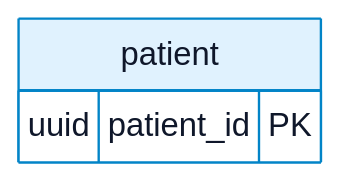
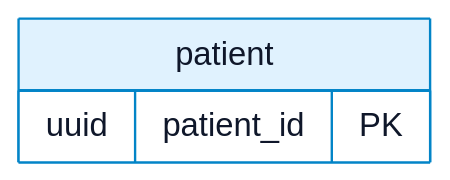
Before and after one commit to Dangvinh77/MediFlow: the diagram in docs/monitor_proj_progress/02-giai-doan-2-thiet-ke-giao-dien-tieu-chuan/review-2/word-compact/landscape/mermaid/16-en.mmd, drawn with Mermaid. The commit also changed 593 other files, not shown here.

Commit message:
docs(review2): fix Word diagram exports and orientation layouts

```diff
--- a/docs/monitor_proj_progress/02-giai-doan-2-thiet-ke-giao-dien-tieu-chuan/review-2/word-compact/landscape/mermaid/16-en.mmd
+++ b/docs/monitor_proj_progress/02-giai-doan-2-thiet-ke-giao-dien-tieu-chuan/review-2/word-compact/landscape/mermaid/16-en.mmd
@@ -1,6 +1,6 @@
-%%{init: {"theme": "base", "securityLevel": "loose", "fontFamily": "Arial, sans-serif", "themeVariables": {"primaryColor": "#e0f2fe", "primaryTextColor": "#0f172a", "primaryBorderColor": "#0284c7", "lineColor": "#475569", "secondaryColor": "#ccfbf1", "tertiaryColor": "#f1f5f9", "background": "#ffffff", "mainBkg": "#e0f2fe", "nodeBorder": "#0284c7", "clusterBkg": "#f8fafc", "clusterBorder": "#94a3b8", "actorBkg": "#e0f2fe", "actorBorder": "#0284c7", "actorTextColor": "#0f172a", "signalColor": "#475569", "signalTextColor": "#0f172a", "labelBoxBkgColor": "#f1f5f9", "labelBoxBorderColor": "#94a3b8", "activationBkgColor": "#ccfbf1", "activationBorderColor": "#0f766e", "sequenceNumberColor": "#ffffff", "attributeBackgroundColorOdd": "#ffffff", "attributeBackgroundColorEven": "#f0f9ff", "fontSize": "18px"}, "flowchart": {"htmlLabels": true, "curve": "basis", "nodeSpacing": 16, "rankSpacing": 28, "padding": 8, "diagramPadding": 8, "wrappingWidth": 420}, "sequence": {"useMaxWidth": true, "wrap": true, "actorMargin": 22, "width": 125, "height": 45, "boxMargin": 6, "boxTextMargin": 4, "noteMargin": 7, "messageMargin": 20, "diagramMarginX": 8, "diagramMarginY": 8, "mirrorActors": false, "actorFontSize": 17, "messageFontSize": 16, "noteFontSize": 15, "wrapPadding": 6}, "er": {"useMaxWidth": true, "nodeSpacing": 22, "rankSpacing": 30, "diagramPadding": 8, "entityPadding": 10, "fontSize": 17}, "themeCSS": ".nodeLabel img { display:inline-block!important; width:28px!important; height:28px!important; vertical-align:middle!important; } .nodeLabel p { margin:0; }", "class": {"diagramPadding": 8, "nodeSpacing": 20, "rankSpacing": 30}}}%%
+%%{init: {"theme": "base", "securityLevel": "loose", "fontFamily": "Arial, sans-serif", "themeVariables": {"primaryColor": "#e0f2fe", "primaryTextColor": "#0f172a", "primaryBorderColor": "#0284c7", "lineColor": "#475569", "secondaryColor": "#ccfbf1", "tertiaryColor": "#f1f5f9", "background": "#ffffff", "mainBkg": "#e0f2fe", "nodeBorder": "#0284c7", "clusterBkg": "#f8fafc", "clusterBorder": "#94a3b8", "actorBkg": "#e0f2fe", "actorBorder": "#0284c7", "actorTextColor": "#0f172a", "signalColor": "#475569", "signalTextColor": "#0f172a", "labelBoxBkgColor": "#f1f5f9", "labelBoxBorderColor": "#94a3b8", "activationBkgColor": "#ccfbf1", "activationBorderColor": "#0f766e", "sequenceNumberColor": "#ffffff", "attributeBackgroundColorOdd": "#ffffff", "attributeBackgroundColorEven": "#f0f9ff", "fontSize": "18px"}, "flowchart": {"htmlLabels": true, "curve": "basis", "nodeSpacing": 36, "rankSpacing": 48, "padding": 12, "diagramPadding": 24, "wrappingWidth": 420, "subGraphTitleMargin": {"top": 10, "bottom": 32}}, "sequence": {"useMaxWidth": true, "wrap": true, "actorMargin": 65, "width": 210, "height": 55, "boxMargin": 14, "boxTextMargin": 8, "noteMargin": 16, "messageMargin": 24, "diagramMarginX": 24, "diagramMarginY": 24, "mirrorActors": true, "actorFontSize": 17, "messageFontSize": 16, "noteFontSize": 16, "wrapPadding": 10}, "er": {"useMaxWidth": true, "nodeSpacing": 45, "rankSpacing": 55, "diagramPadding": 24, "entityPadding": 10, "fontSize": 17}, "themeCSS": ".nodeLabel img { display:inline-block!important; width:28px!important; height:28px!important; vertical-align:middle!important; } .nodeLabel p { margin:0; }", "class": {"diagramPadding": 24, "nodeSpacing": 32, "rankSpacing": 45}}}%%
 erDiagram
- direction TB
+ direction LR
  patient {
   uuid patient_id PK
  }
```
